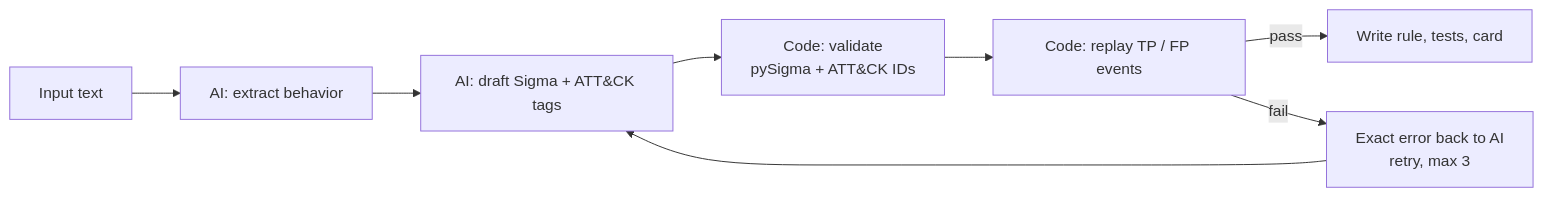
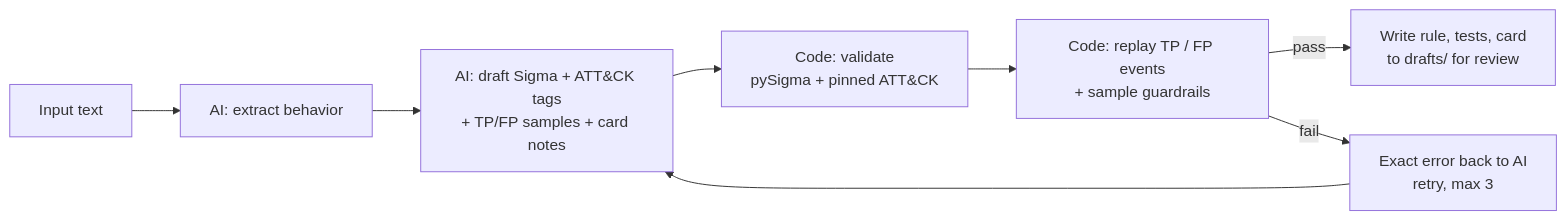
One commit to kjohnsonthecoder/ringtail changed the diagram in README.md. Above: the diagram before and after it, drawn with Mermaid. The commit also changed other lines of this file and 16 other files, not shown here.

````diff
--- a/README.md
+++ b/README.md
@@ -16,10 +15,10 @@
 ```mermaid
 flowchart LR
     A["Input text"] --> B["AI: extract behavior"]
-    B --> C["AI: draft Sigma + ATT&CK tags"]
-    C --> D["Code: validate<br/>pySigma + ATT&CK IDs"]
-    D --> E["Code: replay TP / FP events"]
-    E -->|pass| F["Write rule, tests, card"]
+    B --> C["AI: draft Sigma + ATT&CK tags<br/>+ TP/FP samples + card notes"]
+    C --> D["Code: validate<br/>pySigma + pinned ATT&CK"]
+    D --> E["Code: replay TP / FP events<br/>+ sample guardrails"]
+    E -->|pass| F["Write rule, tests, card<br/>to drafts/ for review"]
     E -->|fail| G["Exact error back to AI<br/>retry, max 3"]
     G --> C
 ```
````
